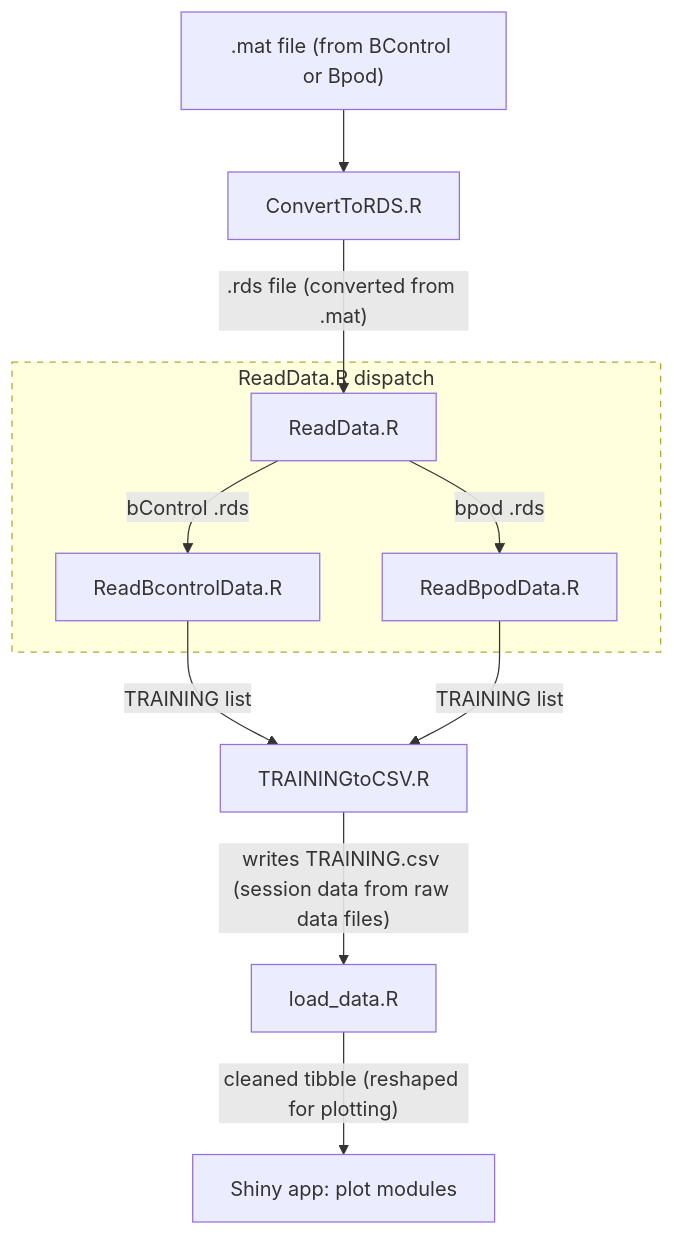
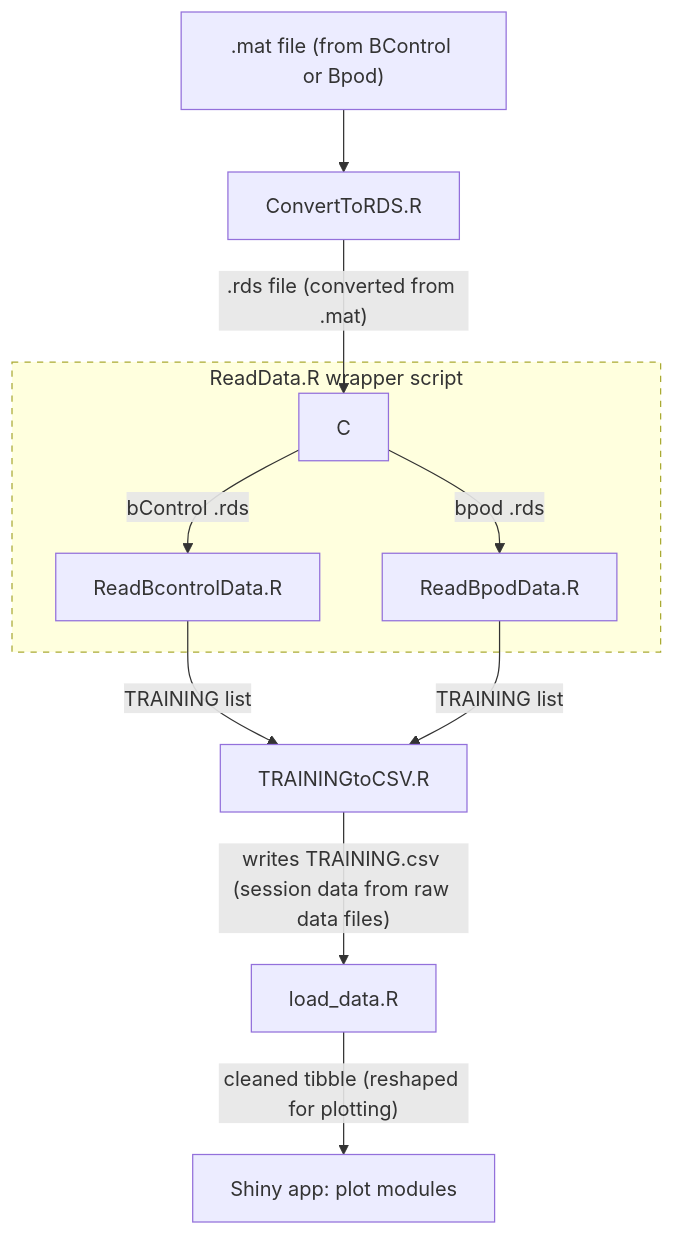
Before and after one commit to LIMLabSWC/shiny-performance-tracking: the diagram in docs/architecture.md, drawn with Mermaid.

Commit message:
update mermaid graph

````diff
--- a/docs/architecture.md
+++ b/docs/architecture.md
@@ -25,23 +25,24 @@
 ```mermaid
 graph TD
 
   %% Step 1: .mat input to .rds
   A[".mat file (from BControl or Bpod)"] --> B[ConvertToRDS.R]
-  B -->|".rds file (converted from .mat)"| C[ReadData.R]
+  B -->|".rds file (converted from .mat)"| C
 
   %% Step 2: Dispatch to reader
-  subgraph ReadData.R [ReadData.R dispatch]
-    style ReadData.R stroke-dasharray: 5 5
+  subgraph ReadData [ReadData.R wrapper script]
+    style ReadData stroke-dasharray: 5 5
     C -->|bControl .rds| D[ReadBcontrolData.R]
     C -->|bpod .rds| E[ReadBpodData.R]
   end
 
   %% Step 3: Output to CSV
   D -->|TRAINING list| F[TRAININGtoCSV.R]
   E -->|TRAINING list| F
   F -->|"writes TRAINING.csv (session data from raw data files)"| G[load_data.R]
 
   %% Step 4: Shiny pipeline
   G -->|"cleaned tibble (reshaped for plotting)"| H[Shiny app: plot modules]
 
+
 ```
````
